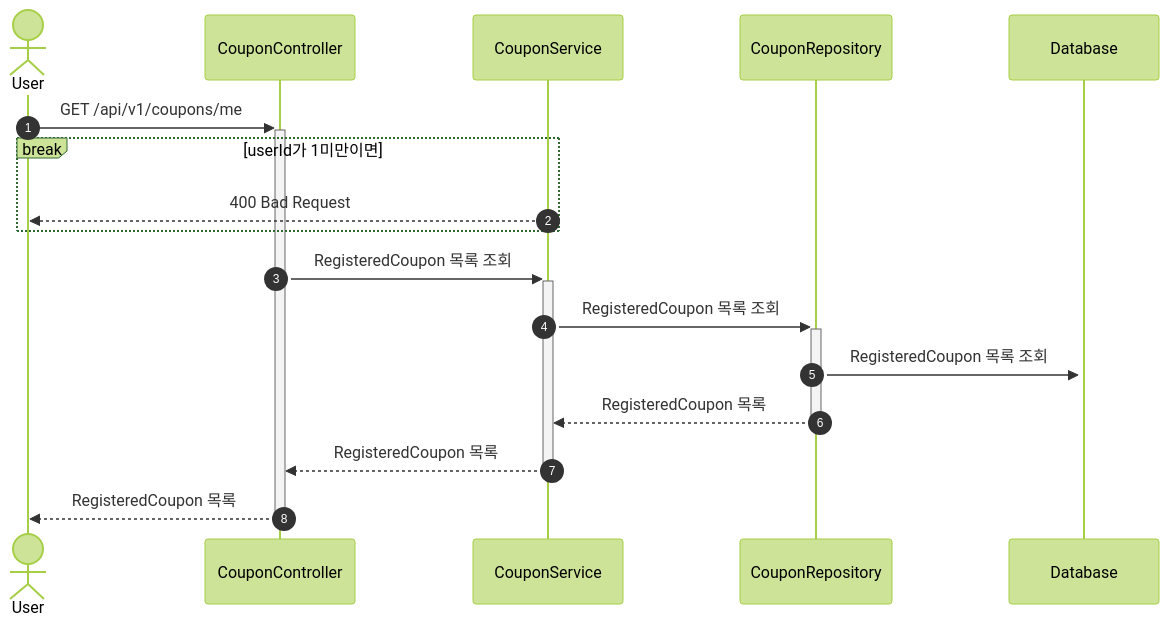
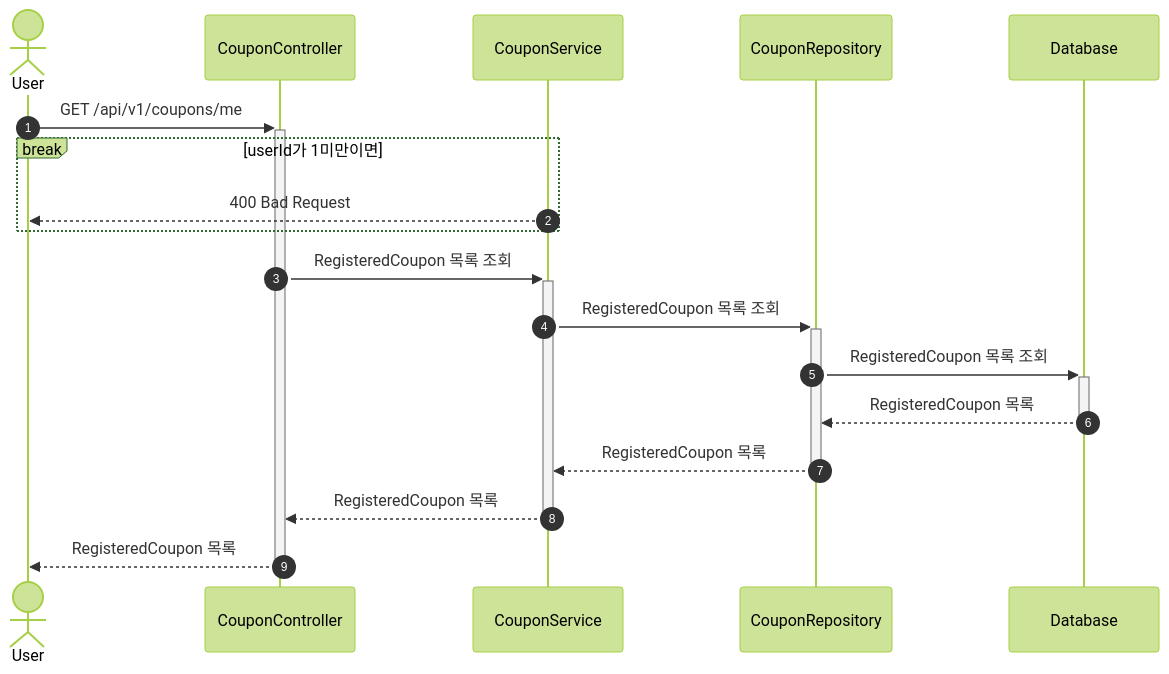
One commit to jsween5723/commerce changed the second of 2 diagrams in docs/coupon/readme.md. Above: the diagram before and after it, drawn with Mermaid (forest theme). The commit also changed other lines of this file, not shown here.

Commit message:
docs(sequence): coupon 시퀀스 다이어그램 누락사항 반영

````diff
--- a/docs/coupon/readme.md
+++ b/docs/coupon/readme.md
@@ -39,19 +40,20 @@
 ```mermaid
 sequenceDiagram
     autonumber
     actor User
     participant CouponController
     participant CouponService
     participant CouponRepository
     participant Database
     User ->>+ CouponController: GET /api/v1/coupons/me
     break userId가 1미만이면
         CouponService -->> User: 400 Bad Request
     end
     CouponController ->>+ CouponService: RegisteredCoupon 목록 조회
     CouponService ->>+ CouponRepository: RegisteredCoupon 목록 조회
     CouponRepository ->>+ Database: RegisteredCoupon 목록 조회
+    Database -->>- CouponRepository: RegisteredCoupon 목록
     CouponRepository -->>- CouponService: RegisteredCoupon 목록
     CouponService -->>- CouponController: RegisteredCoupon 목록
     CouponController -->>- User: RegisteredCoupon 목록
 ```
````
